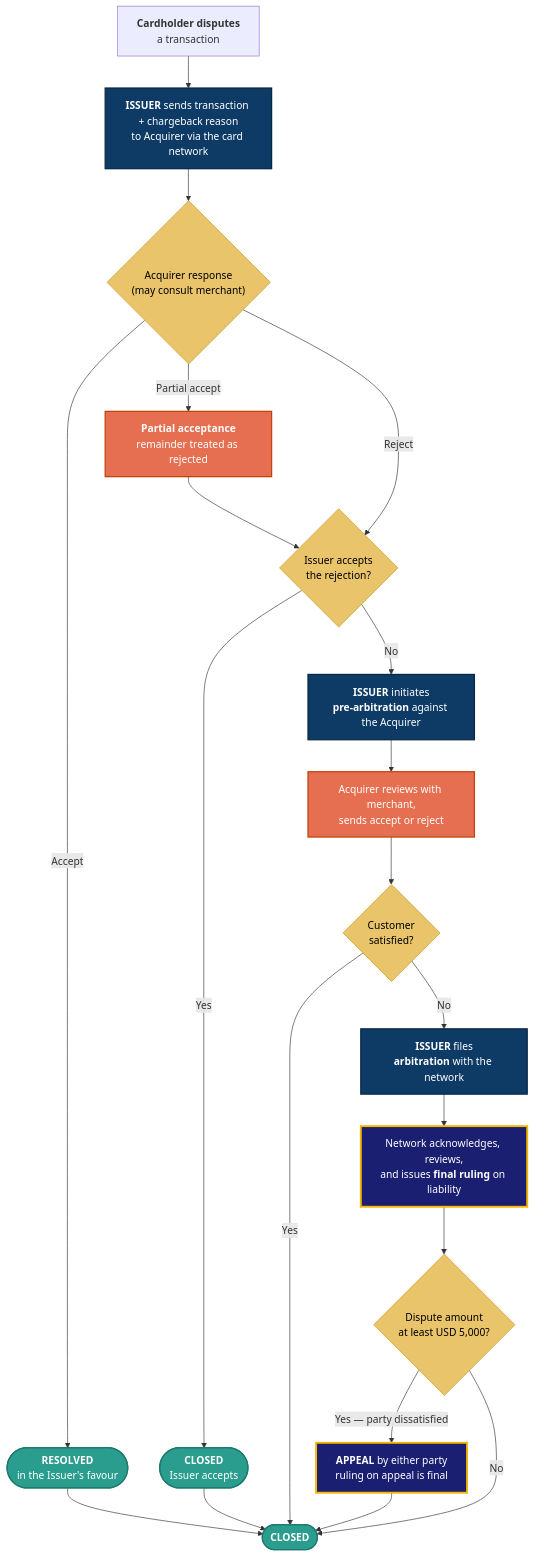
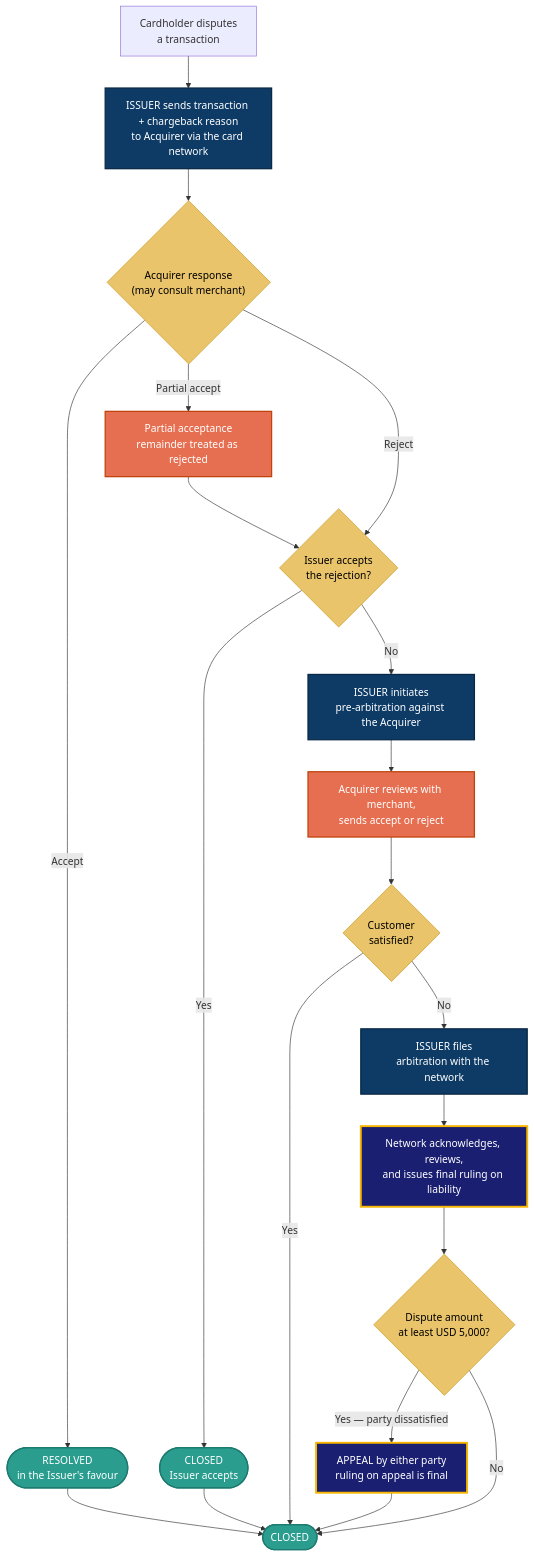
The second of 3 diagrams in docs/pega-smart-dispute-product-flow.md (bmageshvec/poc-claims-resolution), drawn with Mermaid before and after one commit. The commit also changed other lines of this file and 32 other files, not shown here.

````diff
--- a/docs/pega-smart-dispute-product-flow.md
+++ b/docs/pega-smart-dispute-product-flow.md
@@ -159,42 +159,42 @@
 ```mermaid
 flowchart TB
-    C1["<b>Cardholder disputes</b><br/>a transaction"]
-    C2["<b>ISSUER</b> sends transaction + chargeback reason<br/>to Acquirer via the card network"]
+    C1["Cardholder disputes<br/>a transaction"]
+    C2["ISSUER sends transaction + chargeback reason<br/>to Acquirer via the card network"]
     C3{"Acquirer response<br/>(may consult merchant)"}
-    C4(["<b>RESOLVED</b><br/>in the Issuer's favour"])
-    C5["<b>Partial acceptance</b><br/>remainder treated as rejected"]
+    C4(["RESOLVED<br/>in the Issuer's favour"])
+    C5["Partial acceptance<br/>remainder treated as rejected"]
     C6{"Issuer accepts<br/>the rejection?"}
-    C7(["<b>CLOSED</b><br/>Issuer accepts"])
-    C8["<b>ISSUER</b> initiates<br/><b>pre-arbitration</b> against the Acquirer"]
+    C7(["CLOSED<br/>Issuer accepts"])
+    C8["ISSUER initiates<br/>pre-arbitration against the Acquirer"]
     C9["Acquirer reviews with merchant,<br/>sends accept or reject"]
     C10{"Customer<br/>satisfied?"}
-    C11["<b>ISSUER</b> files<br/><b>arbitration</b> with the network"]
-    C12["Network acknowledges, reviews,<br/>and issues <b>final ruling</b> on liability"]
+    C11["ISSUER files<br/>arbitration with the network"]
+    C12["Network acknowledges, reviews,<br/>and issues final ruling on liability"]
     C13{"Dispute amount<br/>at least USD 5,000?"}
-    C14["<b>APPEAL</b> by either party<br/>ruling on appeal is final"]
-    C15(["<b>CLOSED</b>"])
+    C14["APPEAL by either party<br/>ruling on appeal is final"]
+    C15(["CLOSED"])
 
     C1 --> C2 --> C3
     C3 -->|"Accept"| C4
     C3 -->|"Partial accept"| C5 --> C6
     C3 -->|"Reject"| C6
     C6 -->|"Yes"| C7
     C6 -->|"No"| C8 --> C9 --> C10
     C10 -->|"Yes"| C15
     C10 -->|"No"| C11 --> C12 --> C13
     C13 -->|"Yes — party dissatisfied"| C14 --> C15
     C13 -->|"No"| C15
     C4 --> C15
     C7 --> C15
 
     classDef issuer fill:#0D3B66,color:#FFFFFF,stroke:#092845,stroke-width:2px
     classDef acquirer fill:#E76F51,color:#FFFFFF,stroke:#C1440E,stroke-width:2px
     classDef network fill:#1A1F71,color:#FFFFFF,stroke:#F7B600,stroke-width:3px
     classDef gate fill:#E9C46A,color:#000000,stroke:#C9971A
     classDef done fill:#2A9D8F,color:#FFFFFF,stroke:#1D7A6F,stroke-width:2px
     class C2,C8,C11 issuer
     class C5,C9 acquirer
     class C12,C14 network
     class C3,C6,C10,C13 gate
     class C4,C7,C15 done
 ```
````
